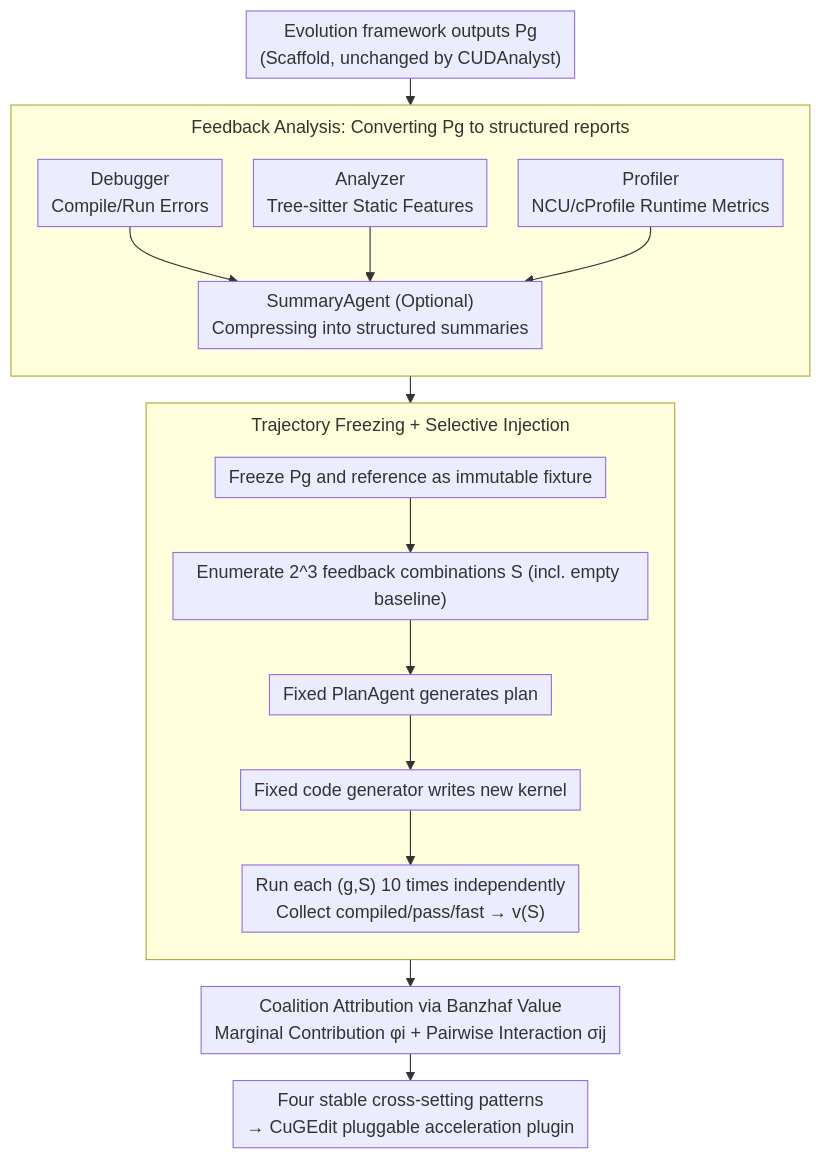
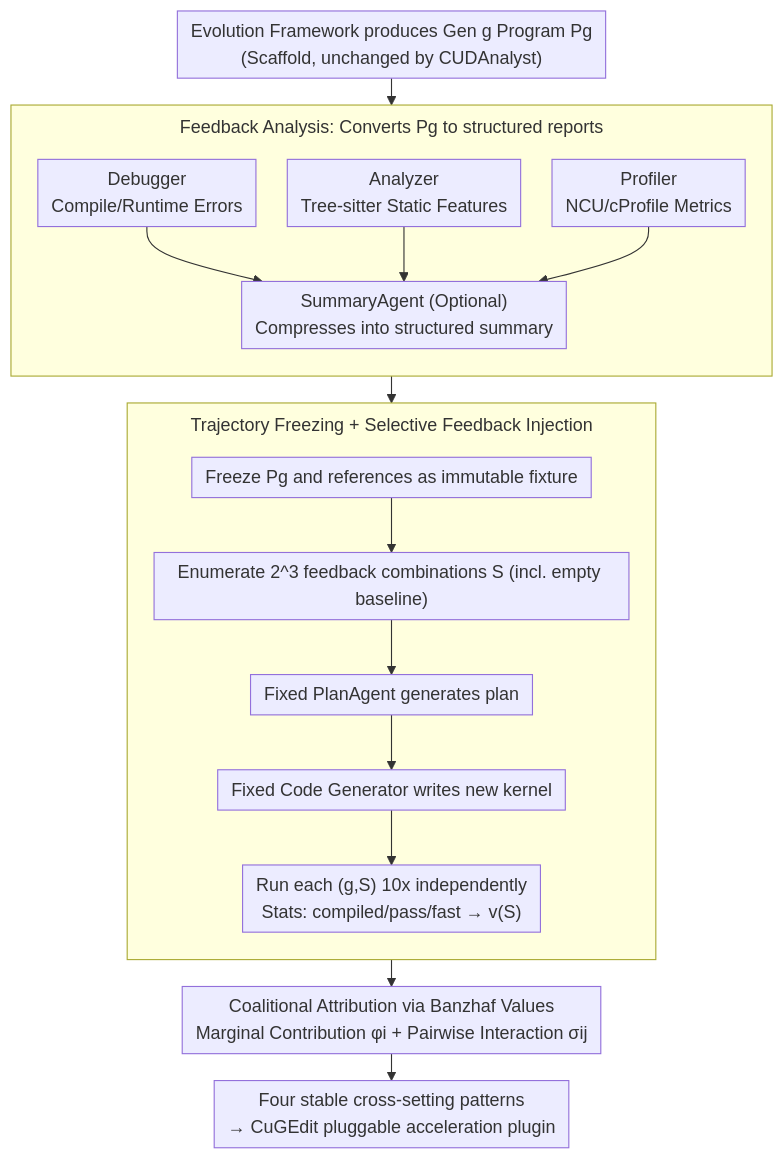
Before and after one commit to zhaoyang97/Paper-Notes-en: the diagram in docs/ICML2026/llm_agent/towards_feedback-to-plan_decisions_for_self-evolving_llm_agents_in_cuda_kernel_g.md, drawn with Mermaid. The commit also changed other lines of this file and 5084 other files, not shown here.

````diff
--- a/docs/ICML2026/llm_agent/towards_feedback-to-plan_decisions_for_self-evolving_llm_agents_in_cuda_kernel_g.md
+++ b/docs/ICML2026/llm_agent/towards_feedback-to-plan_decisions_for_self-evolving_llm_agents_in_cuda_kernel_g.md
@@ -47,27 +47,27 @@
 ```mermaid
 %%{init: {'flowchart': {'rankSpacing': 24, 'nodeSpacing': 28, 'padding': 6, 'wrappingWidth': 400, 'subGraphTitleMargin': {'top': 8, 'bottom': 16}}}}%%
 flowchart TD
-    P["Evolution framework outputs Pg<br/>(Scaffold, unchanged by CUDAnalyst)"]
-    subgraph FB["Feedback Analysis: Converting Pg to structured reports"]
+    P["Evolution Framework produces Gen g Program Pg<br/>(Scaffold, unchanged by CUDAnalyst)"]
+    subgraph FB["Feedback Analysis: Converts Pg to structured reports"]
         direction TB
-        D["Debugger<br/>Compile/Run Errors"]
+        D["Debugger<br/>Compile/Runtime Errors"]
         A["Analyzer<br/>Tree-sitter Static Features"]
-        PR["Profiler<br/>NCU/cProfile Runtime Metrics"]
-        SUM["SummaryAgent (Optional)<br/>Compressing into structured summaries"]
+        PR["Profiler<br/>NCU/cProfile Metrics"]
+        SUM["SummaryAgent (Optional)<br/>Compresses into structured summary"]
         D --> SUM
         A --> SUM
         PR --> SUM
     end
-    subgraph FREEZE["Trajectory Freezing + Selective Injection"]
+    subgraph FREEZE["Trajectory Freezing + Selective Feedback Injection"]
         direction TB
-        FZ["Freeze Pg and reference as immutable fixture"]
+        FZ["Freeze Pg and references as immutable fixture"]
         EN["Enumerate 2^3 feedback combinations S (incl. empty baseline)"]
         PL["Fixed PlanAgent generates plan"]
-        CG["Fixed code generator writes new kernel"]
-        EV["Run each (g,S) 10 times independently<br/>Collect compiled/pass/fast → v(S)"]
+        CG["Fixed Code Generator writes new kernel"]
+        EV["Run each (g,S) 10x independently<br/>Stats: compiled/pass/fast → v(S)"]
         FZ --> EN --> PL --> CG --> EV
     end
-    BZ["Coalition Attribution via Banzhaf Value<br/>Marginal Contribution φi + Pairwise Interaction σij"]
+    BZ["Coalitional Attribution via Banzhaf Values<br/>Marginal Contribution φi + Pairwise Interaction σij"]
     OUT["Four stable cross-setting patterns<br/>→ CuGEdit pluggable acceleration plugin"]
     P --> FB --> FREEZE --> BZ --> OUT
 ```
````
